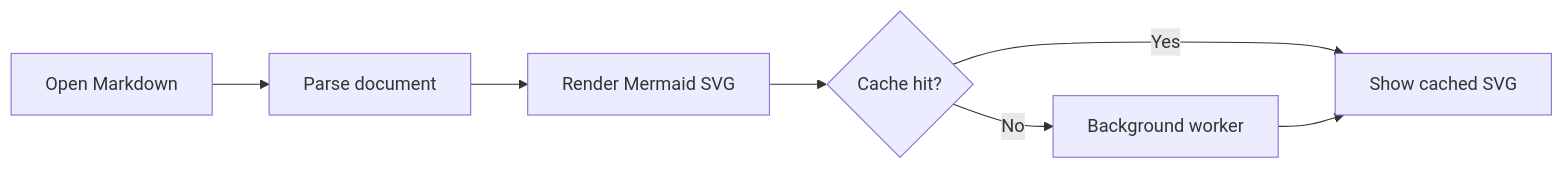
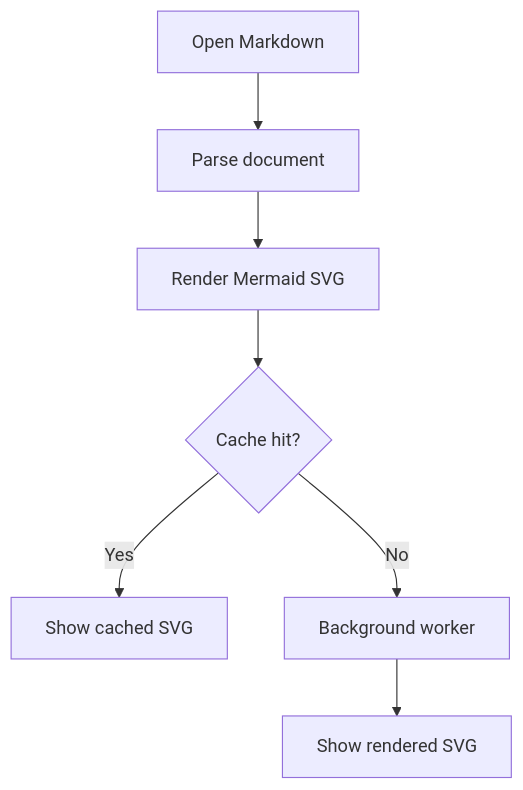
Before and after one commit to highpear/oxidemd: the first of 6 diagrams in samples/mermaid-evaluation.md, drawn with Mermaid. The commit also changed other lines of this file and 3 other files, not shown here.

Commit message:
Improve Mermaid diagram readability

````diff
--- a/samples/mermaid-evaluation.md
+++ b/samples/mermaid-evaluation.md
@@ -7,9 +7,9 @@
 ```mermaid
-flowchart LR
+flowchart TD
     Open[Open Markdown] --> Parse[Parse document]
     Parse --> Render[Render Mermaid SVG]
     Render --> Cache{Cache hit?}
     Cache -->|Yes| Show[Show cached SVG]
     Cache -->|No| Worker[Background worker]
-    Worker --> Show
+    Worker --> Rendered[Show rendered SVG]
 ```
````
